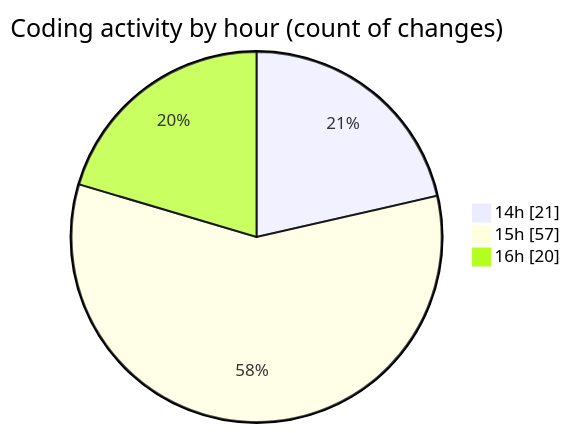
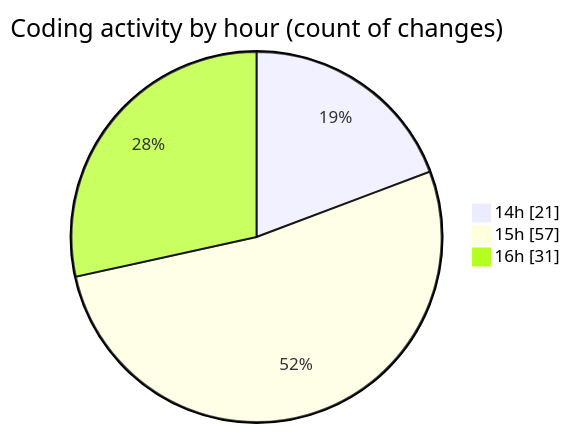
One commit to Ritupan-Deka/code-tracking changed the second of 2 diagrams in 2025-05-24/projects/README.md. Above: the diagram before and after it, drawn with Mermaid. The commit also changed other lines of this file and 1 other file, not shown here.

````diff
--- a/2025-05-24/projects/README.md
+++ b/2025-05-24/projects/README.md
@@ -33,7 +33,7 @@
 ```mermaid
 pie showData
 title Coding activity by hour (count of changes)
 "14h" : 21
 "15h" : 57
-"16h" : 20
+"16h" : 31
 ```
````
